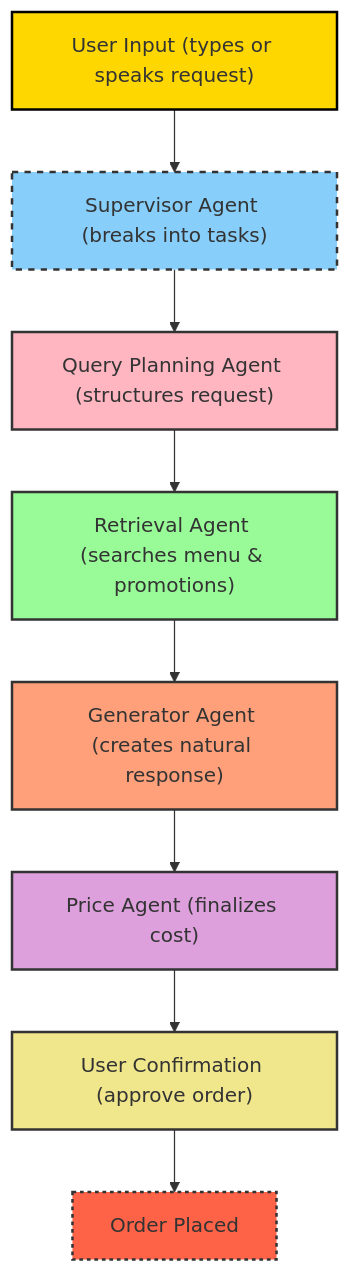
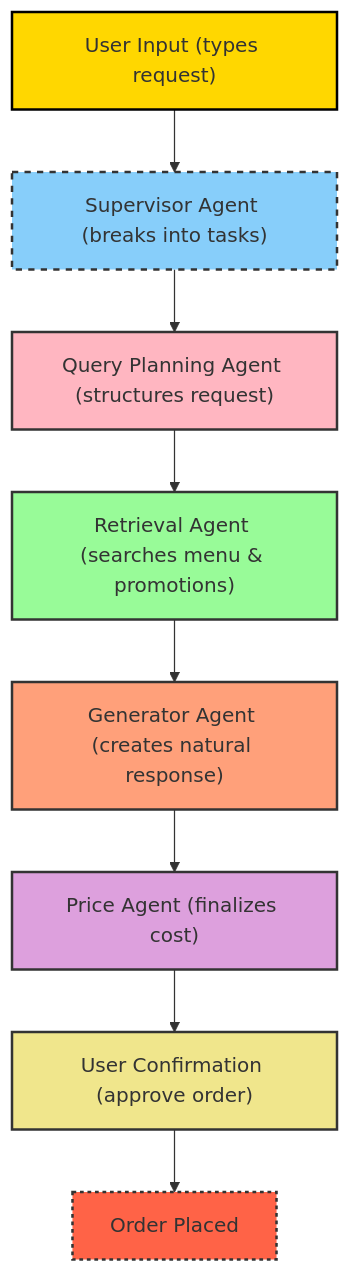
The diagram in Project_Details.md (TReV-89/food_ordering_agent_glovo), drawn with Mermaid before and after one commit.

````diff
--- a/Project_Details.md
+++ b/Project_Details.md
@@ -108,20 +108,20 @@
 ```mermaid
 flowchart TD
     style U fill:#FFD700,stroke:#000000,stroke-width:2px
     style S fill:#87CEFA,stroke:#333,stroke-width:2px,stroke-dasharray: 5 5
     style Q fill:#FFB6C1,stroke:#333,stroke-width:2px
     style R fill:#98FB98,stroke:#333,stroke-width:2px
     style G fill:#FFA07A,stroke:#333,stroke-width:2px
     style P fill:#DDA0DD,stroke:#333,stroke-width:2px
     style C fill:#F0E68C,stroke:#333,stroke-width:2px
     style O fill:#FF6347,stroke:#333,stroke-width:2px,stroke-dasharray: 3 3
 
-    U["User Input (types or speaks request)"] --> S["Supervisor Agent (breaks into tasks)"]
+    U["User Input (types request)"] --> S["Supervisor Agent (breaks into tasks)"]
     S --> Q["Query Planning Agent (structures request)"]
     Q --> R["Retrieval Agent (searches menu & promotions)"]
     R --> G["Generator Agent (creates natural response)"]
     G --> P["Price Agent (finalizes cost)"]
     P --> C["User Confirmation (approve order)"]
     C --> O["Order Placed"]
 
 ```
````
